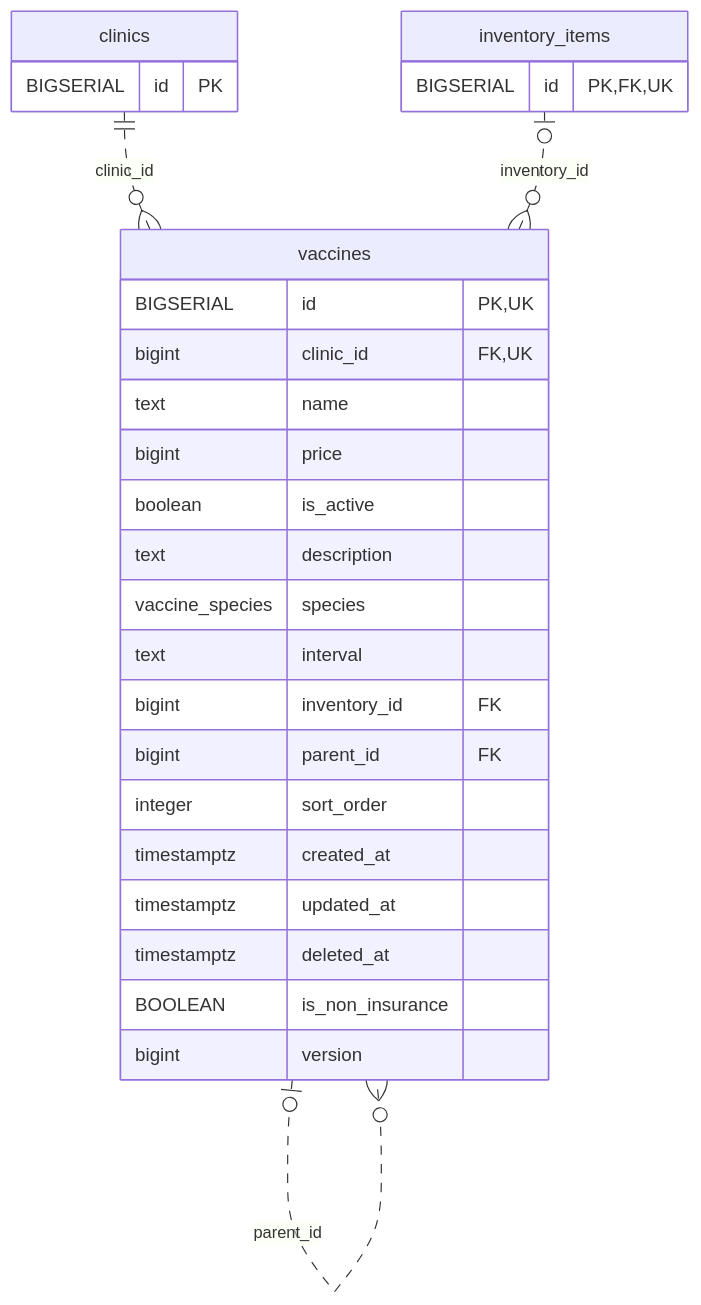
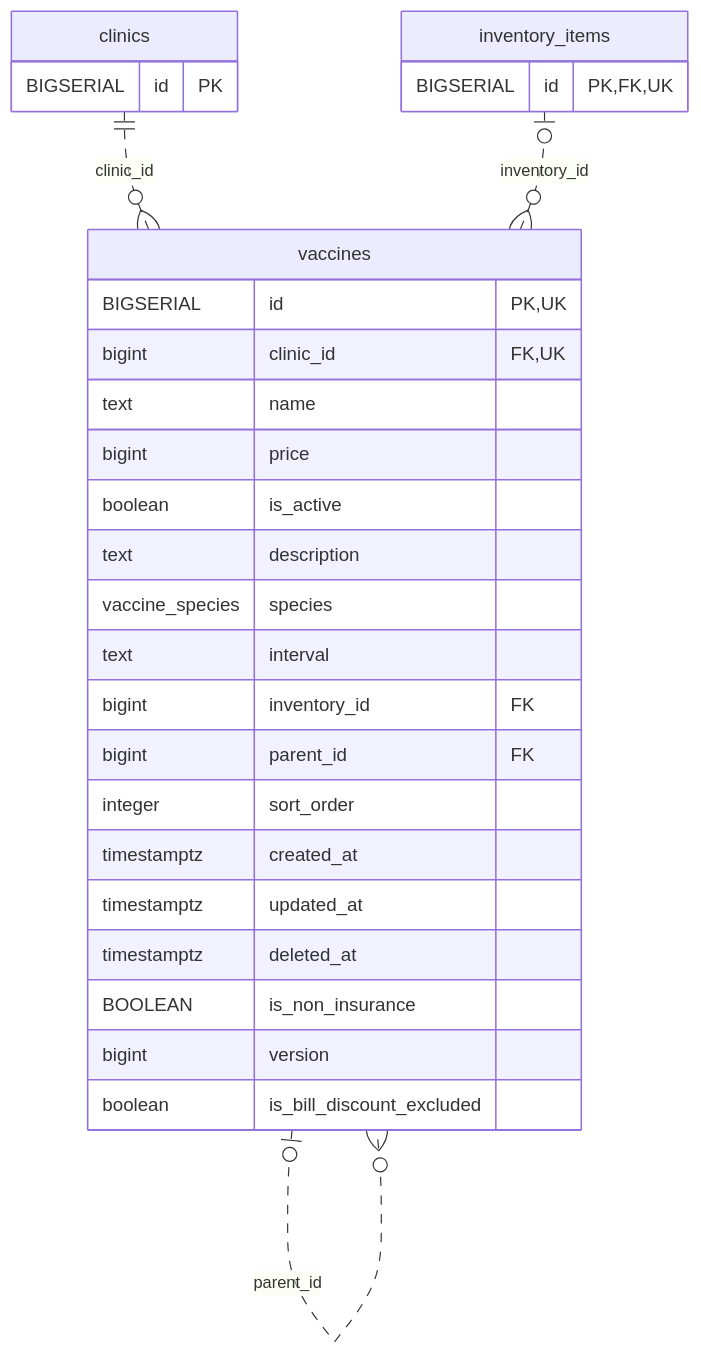
One commit to MinoruSoga/AnimalEkarte changed the diagram in docs/architecture/erd-detail/vaccines.md. Above: the diagram before and after it, drawn with Mermaid. The commit also changed other lines of this file and 8 other files, not shown here.

Commit message:
docs(erd): EMR-446・EMR-466 007 の詳細ERDと manifest を生成

````diff
--- a/docs/architecture/erd-detail/vaccines.md
+++ b/docs/architecture/erd-detail/vaccines.md
@@ -39,30 +40,31 @@
 ```mermaid
 erDiagram
     vaccines {
         BIGSERIAL id PK,UK
         bigint clinic_id FK,UK
         text name
         bigint price
         boolean is_active
         text description
         vaccine_species species
         text interval
         bigint inventory_id FK
         bigint parent_id FK
         integer sort_order
         timestamptz created_at
         timestamptz updated_at
         timestamptz deleted_at
         BOOLEAN is_non_insurance
         bigint version
+        boolean is_bill_discount_excluded
     }
     clinics {
         BIGSERIAL id PK
     }
     inventory_items {
         BIGSERIAL id PK,FK,UK
     }
     clinics ||..o{ vaccines : "clinic_id"
     inventory_items o|..o{ vaccines : "inventory_id"
     vaccines o|..o{ vaccines : "parent_id"
 ```
````
